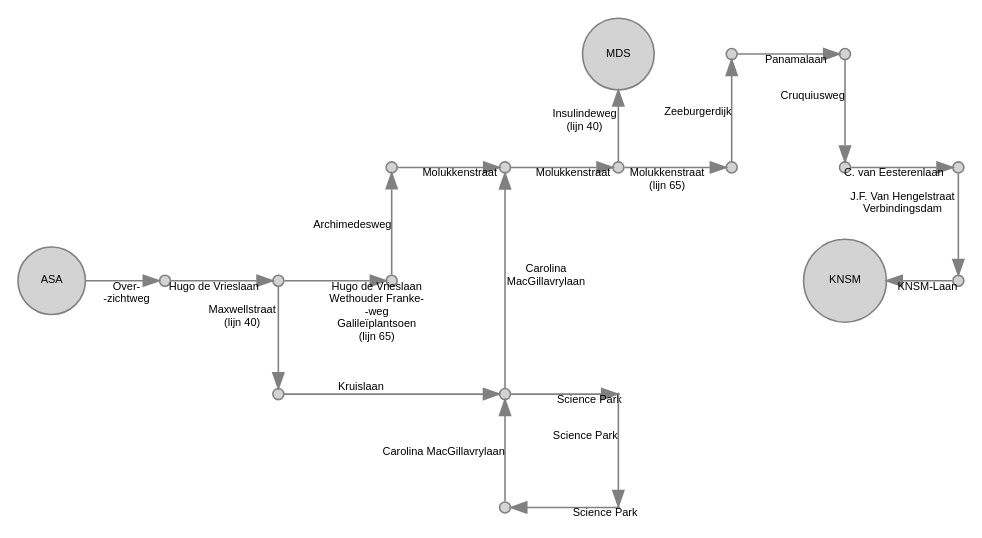
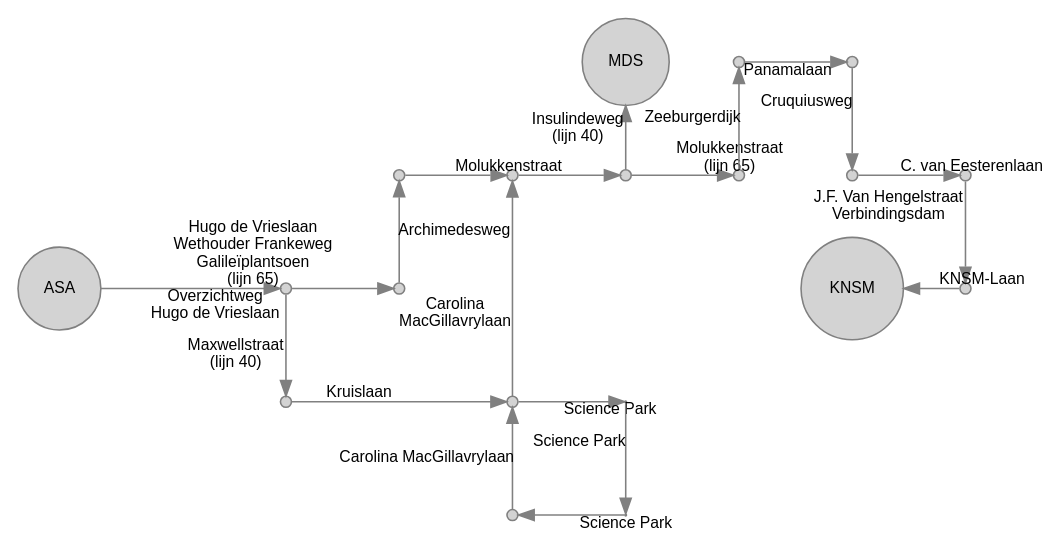
Before and after one commit to JacekPardyak/bus: the diagram in gvb/ASA.gv, drawn with Graphviz. The commit also changed 10 other files, not shown here.

```diff
--- a/gvb/ASA.gv
+++ b/gvb/ASA.gv
@@ -1,61 +1,58 @@
 digraph G {
   layout = neato
-  node [shape = circle, style = filled, fillcolor = lightgray, color=gray, height=0.1, label = "", fontsize = 7, fontname = "Arial"]
-  edge [color=gray, fontsize = 7, fontname = "Arial"]
+  node [shape = circle, style = filled, fillcolor = lightgray, color=gray, height=0.1, label = "", fontsize = 10, fontname = "Arial"]
+  edge [color=gray, fontsize = 10, fontname = "Arial"]
 
   4000 [pos = "0, 0!", label = "ASA"]
-  4001 [pos = "1, 0!"]
   4002 [pos = "2, 0!"]
   4003 [pos = "2,-1!"]
   4004 [pos = "4,-1!"]
   4005 [pos = "5,-1!", height=0.01]
   4006 [pos = "5,-2!", height=0.01]
   4007 [pos = "4,-2!"]
   4008 [pos = "5, 2!", label = "MDS"]
   
   6500 [pos = "3, 0!"]
   6501 [pos = "3, 1!"]
   6502 [pos = "4, 1!"]
   6503 [pos = "5, 1!"]
   6504 [pos = "6, 1!"]
   6505 [pos = "6, 2!"]
   6506 [pos = "7, 2!"]
   6507 [pos = "7, 1!"]
   6508 [pos = "8, 1!"]
   6509 [pos = "8, 0!"]
   6510 [pos = "7, 0!", label = "KNSM"]
 
-  4000 -> 4001 [label = "Over-
--zichtweg"]
-  4001 -> 4002 [label = "Hugo de Vrieslaan"]
+  4000 -> 4002 [label = "Overzichtweg 
+ Hugo de Vrieslaan"]
   4002 -> 6500 [label = "Hugo de Vrieslaan 
- Wethouder Franke-
--weg 
+ Wethouder Frankeweg 
  Galileïplantsoen 
  (lijn 65)"]
   
   4002 -> 4003 [label = "Maxwellstraat 
  (lijn 40)"]
   4003 -> 4004 [label = "Kruislaan"]
   4004 -> 4005 [label = "Science Park"]
   4005 -> 4006 [label = "Science Park"]
   4006 -> 4007 [label = "Science Park"]
   4007 -> 4004 [label = "Carolina MacGillavrylaan"]
   4004 -> 6502 [label = "Carolina 
  MacGillavrylaan"]
   
   6500 -> 6501 [label = "Archimedesweg"]
-  6501 -> 6502 [label = "Molukkenstraat"]
+  6501 -> 6502 [label = ""]
   6502 -> 6503 [label = "Molukkenstraat"]
   6503 -> 6504 [label = "Molukkenstraat 
  (lijn 65)"]
   6504 -> 6505 [label = "Zeeburgerdijk"]
   6505 -> 6506 [label = "Panamalaan"]
   6506 -> 6507 [label = "Cruquiusweg"]
   6507 -> 6508 [label = "C. van Eesterenlaan"]
   6508 -> 6509 [label = "J.F. Van Hengelstraat 
  Verbindingsdam"]
   6509 -> 6510 [label = "KNSM-Laan"]
   6503 -> 4008 [label = "Insulindeweg 
  (lijn 40)"]
 }
```
